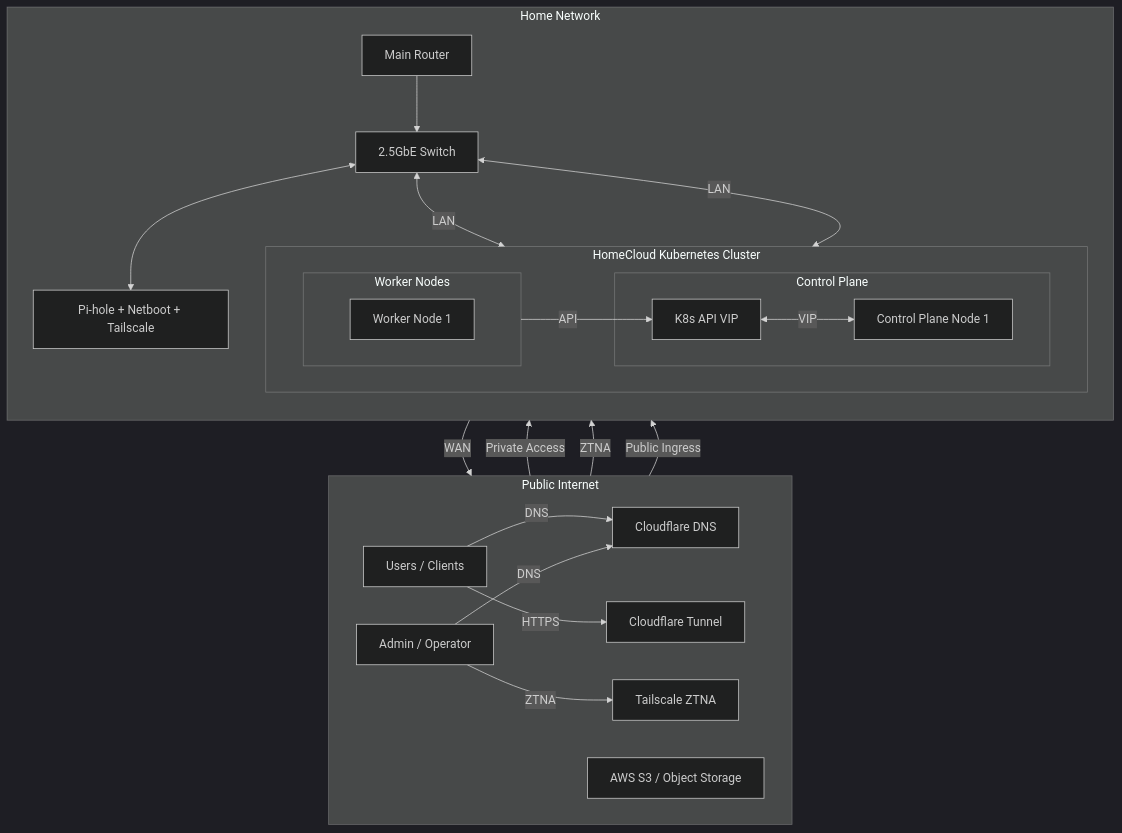
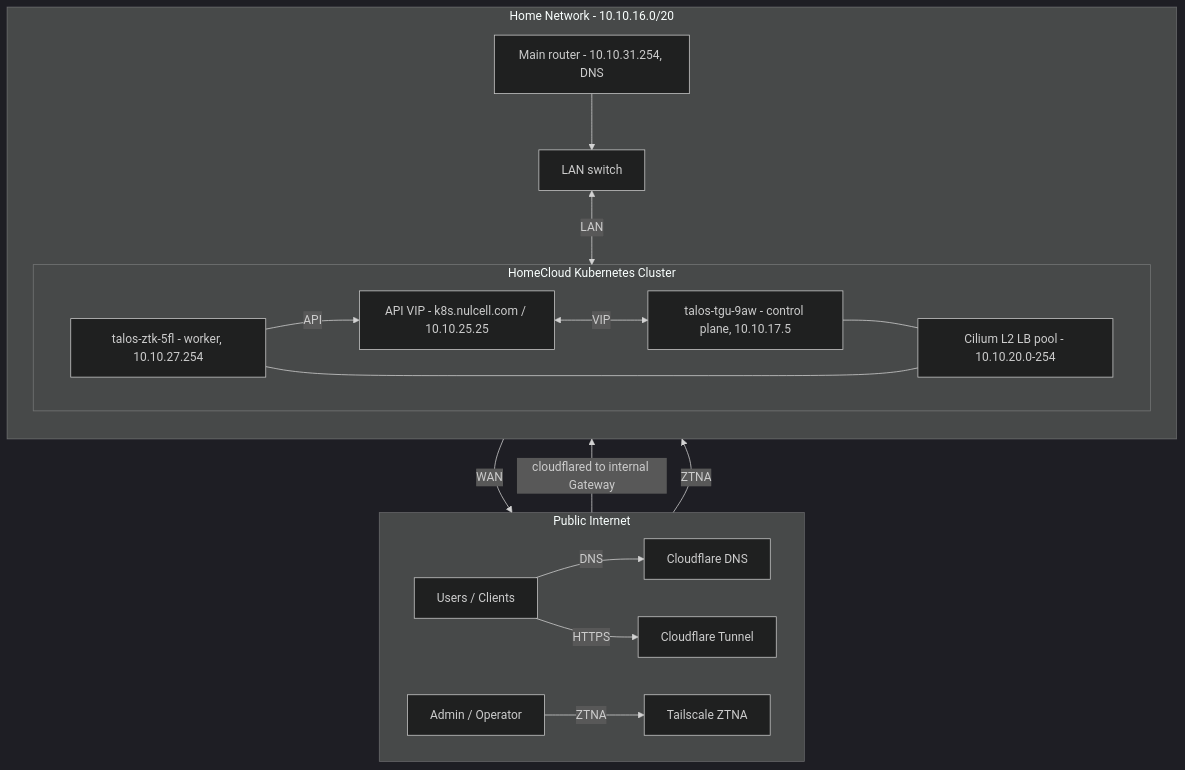
The third of 3 diagrams in README.md (nulcell/homecloud), drawn with Mermaid (dark theme) before and after one commit. The commit also changed other lines of this file and 14 other files, not shown here.

First line of the commit message:
feat: Update bootstrap documentation and scripts for Talos cluster setup

````diff
--- a/README.md
+++ b/README.md
@@ -262,51 +231,42 @@
 ```mermaid
 flowchart TB
     subgraph Public ["Public Internet"]
         direction LR
-        PubUser[Users / Clients]:::external
-        PrivUser[Admin / Operator]:::external
-        CFD[Cloudflare DNS]:::external
-        CFT[Cloudflare Tunnel]:::external
-        S3[AWS S3 / Object Storage]:::external
-        TS[Tailscale ZTNA]:::external
+        PubUser[Users / Clients]
+        PrivUser[Admin / Operator]
+        CFD[Cloudflare DNS]
+        CFT[Cloudflare Tunnel]
+        TS[Tailscale ZTNA]
 
         PubUser -->|DNS| CFD
         PubUser -->|HTTPS| CFT
-        PrivUser -->|DNS| CFD
         PrivUser -->|ZTNA| TS
     end
 
-    subgraph Network ["Home Network"]
+    subgraph Network ["Home Network - 10.10.16.0/20"]
         direction TB
-        Router[Main Router]:::internal
-        Switch[2.5GbE Switch]:::internal
-        RPI[Pi-hole + Netboot + Tailscale]:::internal
+        Router[Main router - 10.10.31.254, DNS]
+        Switch[LAN switch]
 
         Router --> Switch
-        Switch <--> RPI
 
         subgraph Cluster ["HomeCloud Kubernetes Cluster"]
             direction LR
-            subgraph ControlPlane ["Control Plane"]
-                K8sVIP[K8s API VIP]:::k8s
-                CP1[Control Plane Node 1]:::k8s
-                K8sVIP <-->|VIP| CP1
-            end
+            K8sVIP[API VIP - k8s.nulcell.com / 10.10.25.25]
+            CP1[talos-tgu-9aw - control plane, 10.10.17.5]
+            W1[talos-ztk-5fl - worker, 10.10.27.254]
+            LB[Cilium L2 LB pool - 10.10.20.0-254]
 
-            subgraph Workers ["Worker Nodes"]
-                W1[Worker Node 1]:::k8s
-            end
-
-            Workers -->|API| K8sVIP
+            K8sVIP <-->|VIP| CP1
+            W1 -->|API| K8sVIP
+            CP1 --- LB
+            W1 --- LB
         end
 
-        Switch <-->|LAN| ControlPlane
-        Switch <-->|LAN| Workers
+        Switch <-->|LAN| Cluster
     end
 
-    %% Cross-boundary traffic
     Router -->|WAN| Public
-    CFT -->|Public Ingress| Cluster
-    TS -->|Private Access| RPI
-    TS -->|ZTNA| K8sVIP
+    CFT -->|cloudflared to internal Gateway| Cluster
+    TS -->|ZTNA| Cluster
 ```
````
